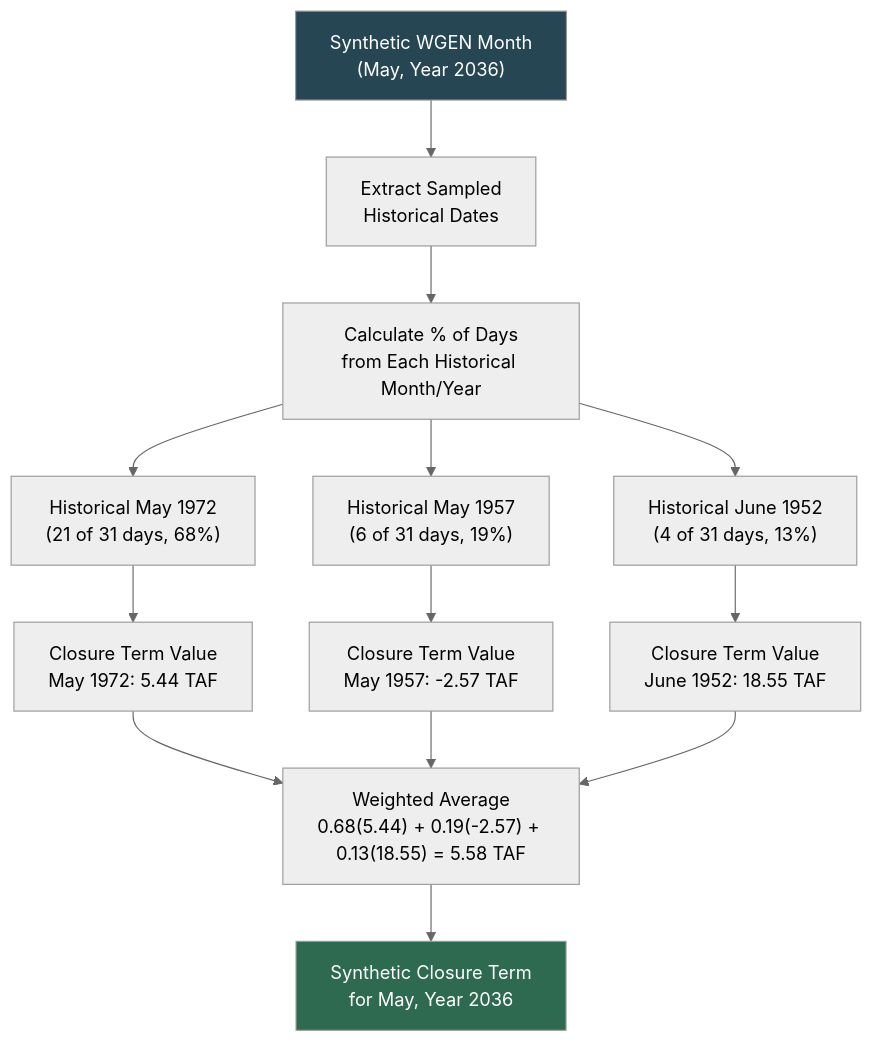
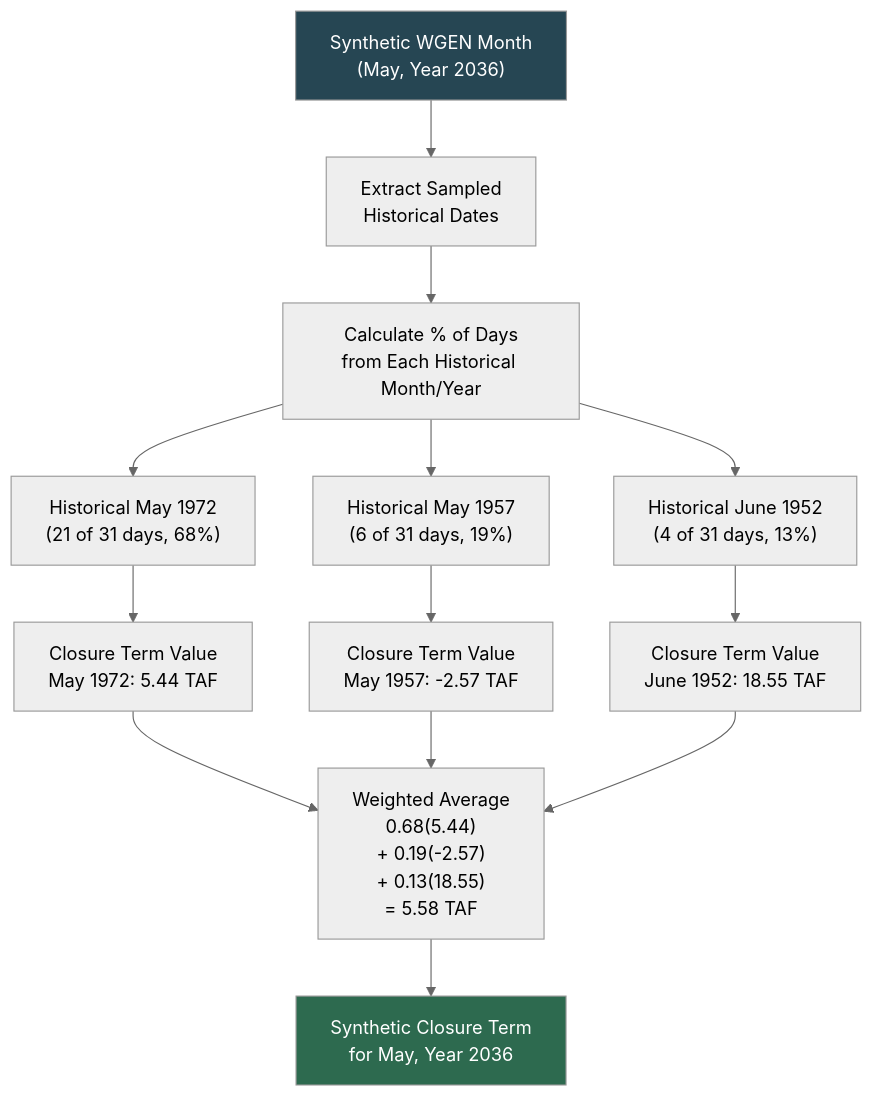
One commit to CentralValleyModeling/calsim3-stochastic-input-generation changed the diagram in docs/source/input-generation/mod-other-closure-terms.md. Above: the diagram before and after it, drawn with Mermaid (neutral theme). The commit also changed other lines of this file, not shown here.

````diff
--- a/docs/source/input-generation/mod-other-closure-terms.md
+++ b/docs/source/input-generation/mod-other-closure-terms.md
@@ -26,22 +53,22 @@
 ```{mermaid}
 flowchart TD
     WGEN_MONTH["Synthetic WGEN Month<br/>(May, Year 2036)"] --> DATES["Extract Sampled<br/>Historical Dates"]
     DATES --> PCT["Calculate % of Days<br/>from Each Historical Month/Year"]
 
     PCT --> H1["Historical May 1972<br/>(21 of 31 days, 68%)"]
     PCT --> H2["Historical May 1957<br/>(6 of 31 days, 19%)"]
     PCT --> H3["Historical June 1952<br/>(4 of 31 days, 13%)"]
 
     H1 --> CT1["Closure Term Value<br/>May 1972: 5.44 TAF"]
     H2 --> CT2["Closure Term Value<br/>May 1957: -2.57 TAF"]
     H3 --> CT3["Closure Term Value<br/>June 1952: 18.55 TAF"]
 
-    CT1 --> WAVG["Weighted Average<br/>0.68(5.44) + 0.19(-2.57) + 0.13(18.55) = 5.58 TAF"]
+    CT1 --> WAVG["Weighted Average<br/>0.68(5.44)<br/>+ 0.19(-2.57)<br/>+ 0.13(18.55)<br/>= 5.58 TAF"]
     CT2 --> WAVG
     CT3 --> WAVG
 
     WAVG --> OUTPUT["Synthetic Closure Term<br/>for May, Year 2036"]
 
     style WGEN_MONTH fill:#264653,color:#fff
     style OUTPUT fill:#2d6a4f,color:#fff
 ```
````
